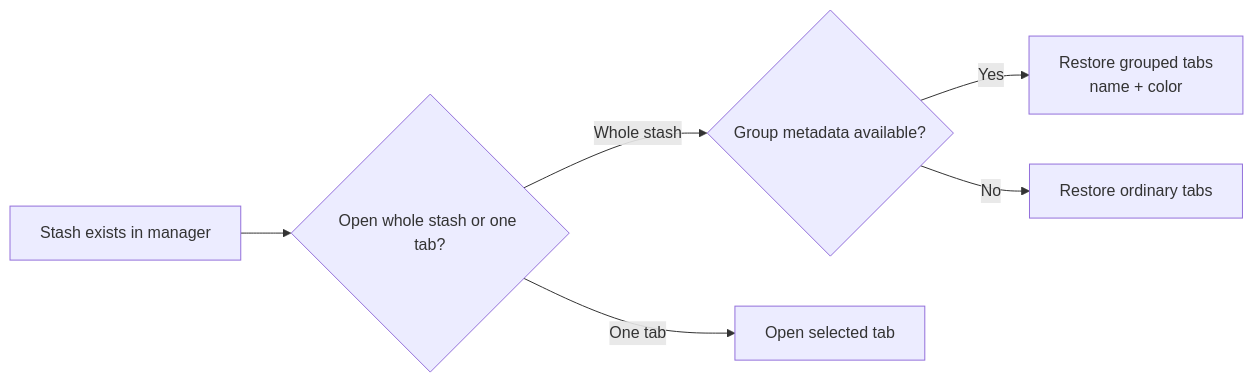
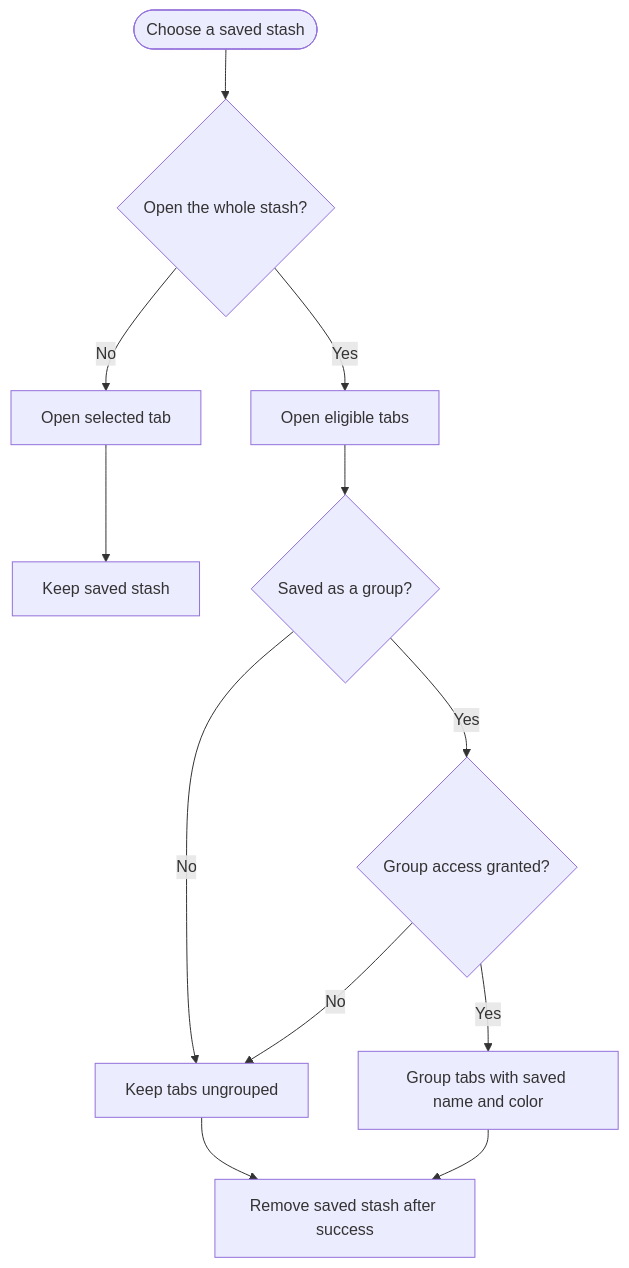
One commit to taichikuji/Stasher changed the second of 2 diagrams in README.md. Above: the diagram before and after it, drawn with Mermaid. The commit also changed other lines of this file, not shown here.

Commit message:
docs: explain stash flows with yes/no charts

````diff
--- a/README.md
+++ b/README.md
@@ -39,8 +59,16 @@
 ```mermaid
-flowchart LR
-  A["Stash exists in manager"] --> B{"Open whole stash or one tab?"}
-  B -->|Whole stash| C{"Group metadata available?"}
-  C -->|Yes| D["Restore grouped tabs<br/>name + color"]
-  C -->|No| E["Restore ordinary tabs"]
-  B -->|One tab| F["Open selected tab"]
+flowchart TD
+  accTitle: How Stasher restores tabs
+  accDescr: Opening one tab keeps the stash. Restoring a whole stash opens eligible tabs, groups them only for a saved group with permission, and removes the stash after a successful restore.
+  Start(["Choose a saved stash"]) --> Whole{"Open the whole stash?"}
+  Whole -->|No| Single["Open selected tab"]
+  Single --> Keep["Keep saved stash"]
+  Whole -->|Yes| Open["Open eligible tabs"]
+  Open --> Group{"Saved as a group?"}
+  Group -->|No| Ordinary["Keep tabs ungrouped"]
+  Group -->|Yes| Access{"Group access granted?"}
+  Access -->|No| Ordinary
+  Access -->|Yes| Grouped["Group tabs with saved name and color"]
+  Ordinary --> Remove["Remove saved stash after success"]
+  Grouped --> Remove
 ```
````
